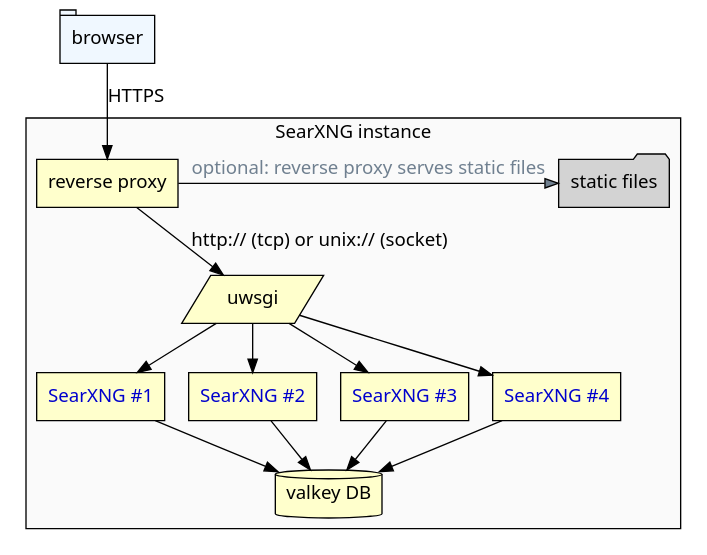
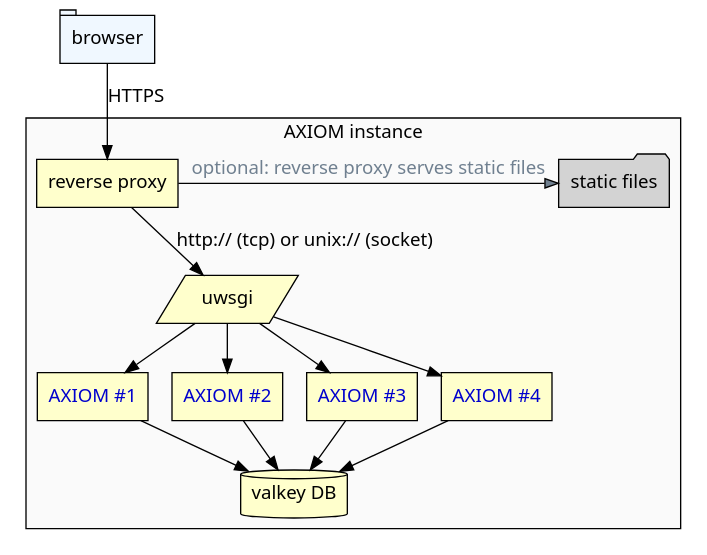
The diagram in docs/admin/arch_public.dot (Keychrom/Axiom), drawn with Graphviz before and after one commit. The commit also changed 41 other files, not shown here.

```diff
--- a/docs/admin/arch_public.dot
+++ b/docs/admin/arch_public.dot
@@ -1,31 +1,31 @@
 digraph G {
 
   node [style=filled, shape=box, fillcolor="#ffffcc", fontname=Sans];
   edge [fontname="Sans"];
 
   browser [label="browser", shape=tab, fillcolor=aliceblue];
   rp      [label="reverse proxy"];
   static  [label="static files", shape=folder, href="url to configure static files", fillcolor=lightgray];
-  uwsgi   [label="uwsgi", shape=parallelogram href="https://docs.searxng.org/utils/searxng.sh.html"]
+  uwsgi   [label="uwsgi", shape=parallelogram href="https://docs.axiom.org/utils/axiom.sh.html"]
   valkey  [label="valkey DB", shape=cylinder];
 
-  searxng1  [label="SearXNG #1", fontcolor=blue3];
-  searxng2  [label="SearXNG #2", fontcolor=blue3];
-  searxng3  [label="SearXNG #3", fontcolor=blue3];
-  searxng4  [label="SearXNG #4", fontcolor=blue3];
+  axiom1  [label="AXIOM #1", fontcolor=blue3];
+  axiom2  [label="AXIOM #2", fontcolor=blue3];
+  axiom3  [label="AXIOM #3", fontcolor=blue3];
+  axiom4  [label="AXIOM #4", fontcolor=blue3];
 
   browser -> rp [label="HTTPS"]
 
-  subgraph cluster_searxng {
-      label = "SearXNG instance" fontname=Sans;
+  subgraph cluster_axiom {
+      label = "AXIOM instance" fontname=Sans;
       bgcolor="#fafafa";
       { rank=same; static rp };
       rp -> static  [label="optional: reverse proxy serves static files", fillcolor=slategray, fontcolor=slategray];
       rp -> uwsgi [label="http:// (tcp) or unix:// (socket)"];
-      uwsgi -> searxng1 -> valkey;
-      uwsgi -> searxng2 -> valkey;
-      uwsgi -> searxng3 -> valkey;
-      uwsgi -> searxng4 -> valkey;
+      uwsgi -> axiom1 -> valkey;
+      uwsgi -> axiom2 -> valkey;
+      uwsgi -> axiom3 -> valkey;
+      uwsgi -> axiom4 -> valkey;
   }
 
 }
```
